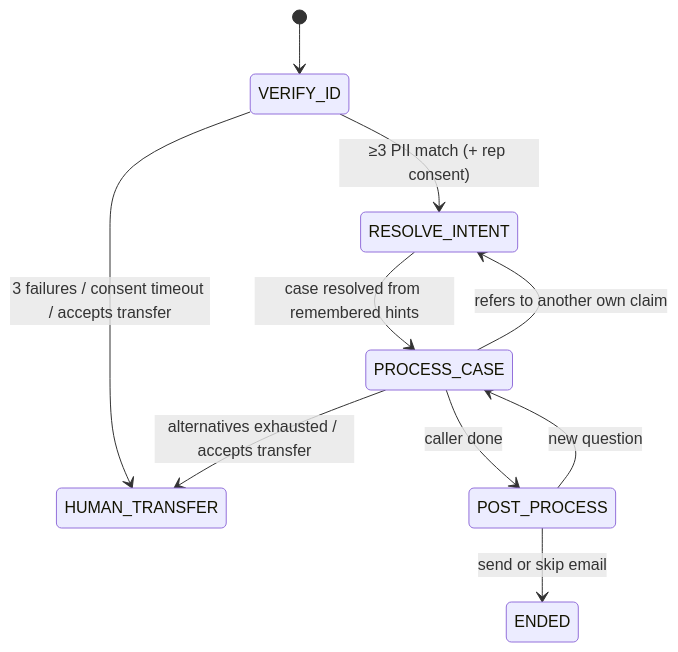
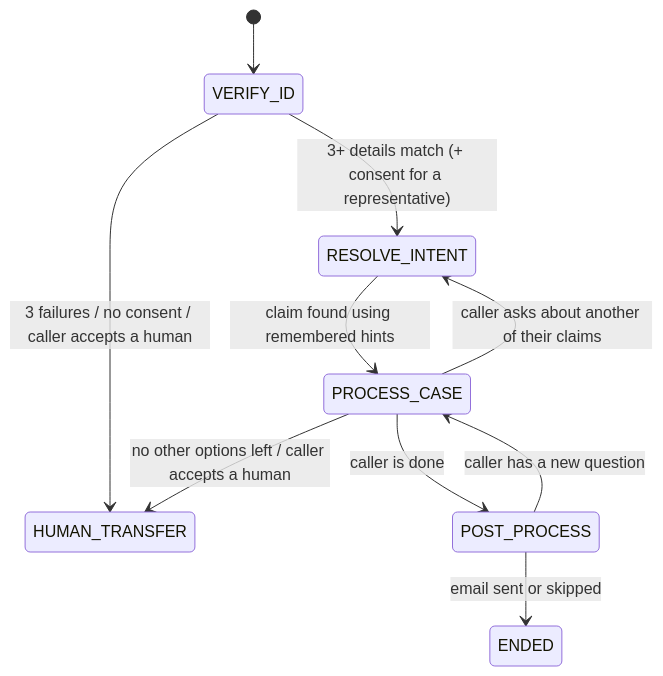
The second of 2 diagrams in README.md (AdityaMogare/Avery), drawn with Mermaid before and after one commit. The commit also changed other lines of this file, not shown here.

````diff
--- a/README.md
+++ b/README.md
@@ -209,12 +238,12 @@
 ```mermaid
 stateDiagram-v2
     [*] --> VERIFY_ID
-    VERIFY_ID --> RESOLVE_INTENT: ≥3 PII match (+ rep consent)
-    VERIFY_ID --> HUMAN_TRANSFER: 3 failures / consent timeout / accepts transfer
-    RESOLVE_INTENT --> PROCESS_CASE: case resolved from remembered hints
-    PROCESS_CASE --> RESOLVE_INTENT: refers to another own claim
-    PROCESS_CASE --> POST_PROCESS: caller done
-    PROCESS_CASE --> HUMAN_TRANSFER: alternatives exhausted / accepts transfer
-    POST_PROCESS --> ENDED: send or skip email
-    POST_PROCESS --> PROCESS_CASE: new question
+    VERIFY_ID --> RESOLVE_INTENT: 3+ details match (+ consent for a representative)
+    VERIFY_ID --> HUMAN_TRANSFER: 3 failures / no consent / caller accepts a human
+    RESOLVE_INTENT --> PROCESS_CASE: claim found using remembered hints
+    PROCESS_CASE --> RESOLVE_INTENT: caller asks about another of their claims
+    PROCESS_CASE --> POST_PROCESS: caller is done
+    PROCESS_CASE --> HUMAN_TRANSFER: no other options left / caller accepts a human
+    POST_PROCESS --> ENDED: email sent or skipped
+    POST_PROCESS --> PROCESS_CASE: caller has a new question
 ```
````
